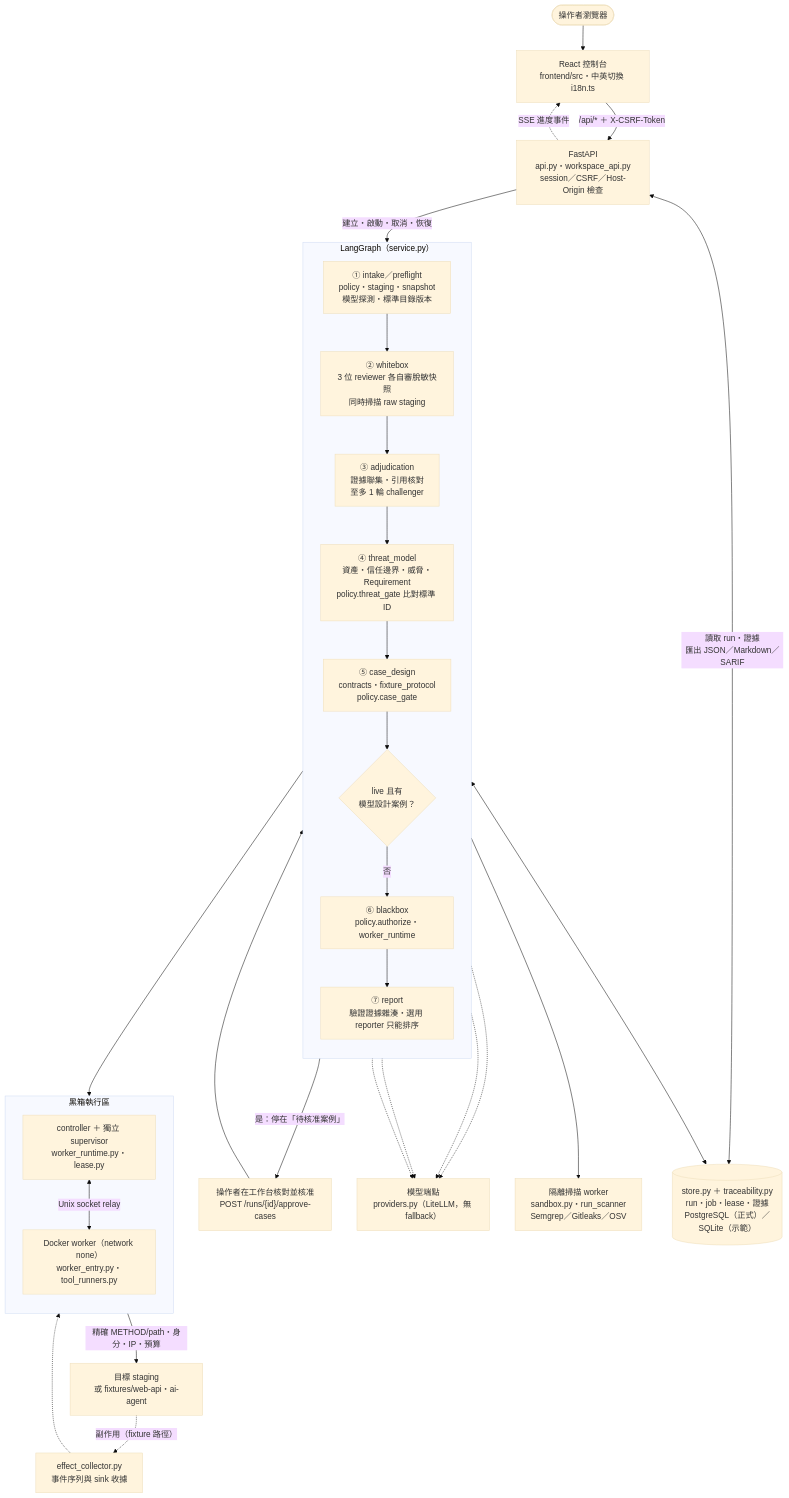
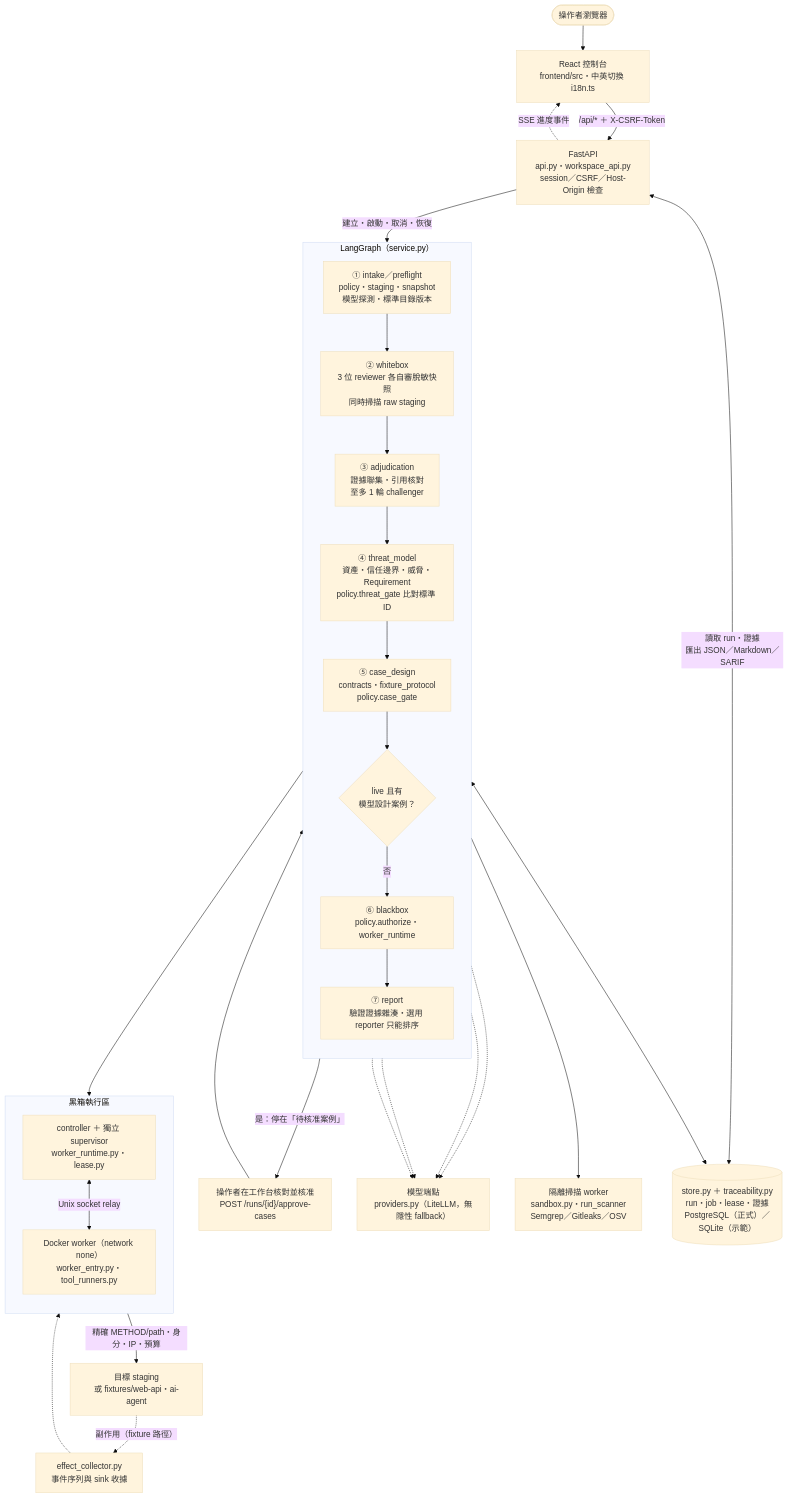
The first of 2 diagrams in README.md (chinchiang/MultiAgentBeta), drawn with Mermaid (base theme) before and after one commit. The commit also changed other lines of this file and 21 other files, not shown here.

````diff
--- a/README.md
+++ b/README.md
@@ -42,50 +42,50 @@
 ```mermaid
 flowchart TB
   OP(["操作者瀏覽器"])
   UI["React 控制台<br/>frontend/src・中英切換 i18n.ts"]
   API["FastAPI<br/>api.py・workspace_api.py<br/>session／CSRF／Host-Origin 檢查"]
   OP --> UI
   UI -->|"/api/* ＋ X-CSRF-Token"| API
   API -.->|"SSE 進度事件"| UI
 
   subgraph ENG["LangGraph（service.py）"]
     direction TB
     S0["① intake／preflight<br/>policy・staging・snapshot<br/>模型探測・標準目錄版本"]
     S1["② whitebox<br/>3 位 reviewer 各自審脫敏快照<br/>同時掃描 raw staging"]
     S2["③ adjudication<br/>證據聯集・引用核對<br/>至多 1 輪 challenger"]
     S3["④ threat_model<br/>資產・信任邊界・威脅・Requirement<br/>policy.threat_gate 比對標準 ID"]
     S4["⑤ case_design<br/>contracts・fixture_protocol<br/>policy.case_gate"]
     Q{"live 且有<br/>模型設計案例？"}
     S6["⑥ blackbox<br/>policy.authorize・worker_runtime"]
     S7["⑦ report<br/>驗證證據雜湊・選用 reporter 只能排序"]
     S0 --> S1 --> S2 --> S3 --> S4 --> Q
     Q -->|"否"| S6
     S6 --> S7
   end
 
   API -->|"建立・啟動・取消・恢復"| S0
   Q -->|"是：停在「待核准案例」"| AP["操作者在工作台核對並核准<br/>POST /runs/{id}/approve-cases"]
   AP --> S6
 
-  LLM["模型端點<br/>providers.py（LiteLLM，無 fallback）"]
+  LLM["模型端點<br/>providers.py（LiteLLM，無隱性 fallback）"]
   S1 & S2 & S3 & S4 -.-> LLM
 
   SCAN["隔離掃描 worker<br/>sandbox.py・run_scanner<br/>Semgrep／Gitleaks／OSV"]
   S1 --> SCAN
 
   subgraph BOX["黑箱執行區"]
     direction TB
     SUP["controller ＋ 獨立 supervisor<br/>worker_runtime.py・lease.py"]
     WK["Docker worker（network none）<br/>worker_entry.py・tool_runners.py"]
     SUP <-->|"Unix socket relay"| WK
   end
   S6 --> SUP
   TGT["目標 staging<br/>或 fixtures/web-api・ai-agent"]
   SUP -->|"精確 METHOD/path・身分・IP・預算"| TGT
   TGT -.->|"副作用（fixture 路徑）"| EC["effect_collector.py<br/>事件序列與 sink 收據"]
   EC -.-> SUP
 
   DB[("store.py ＋ traceability.py<br/>run・job・lease・證據<br/>PostgreSQL（正式）／SQLite（示範）")]
   ENG <--> DB
   API <-->|"讀取 run・證據<br/>匯出 JSON／Markdown／SARIF"| DB
 ```
````
